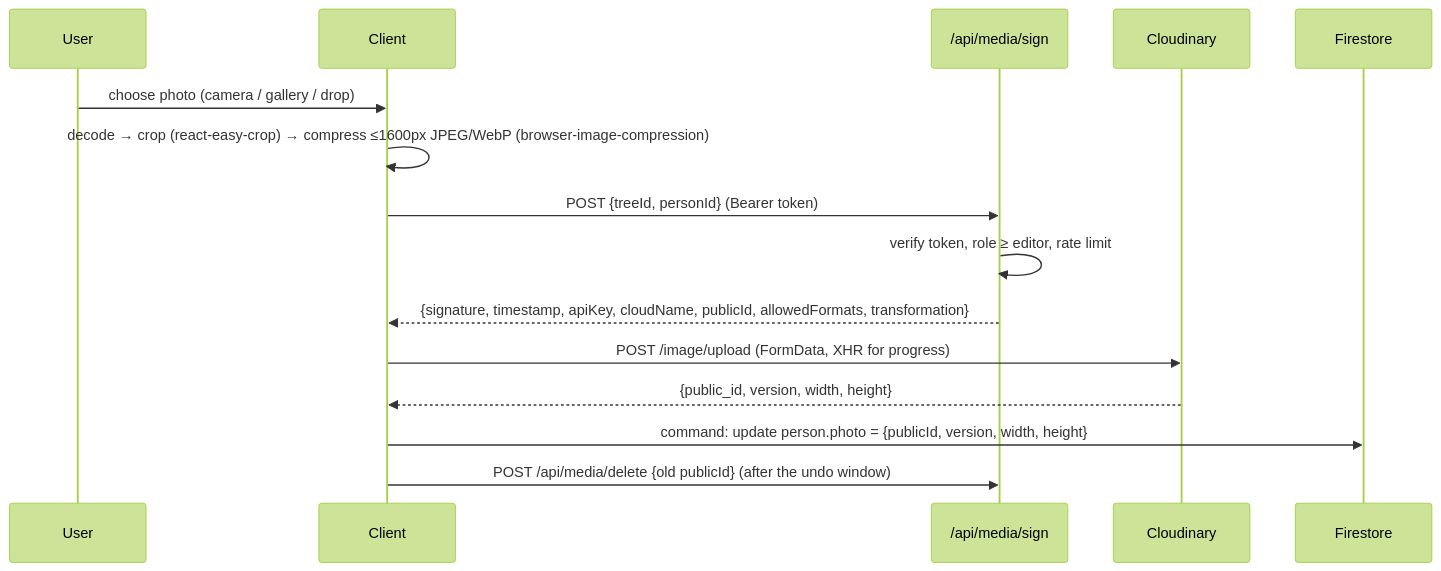
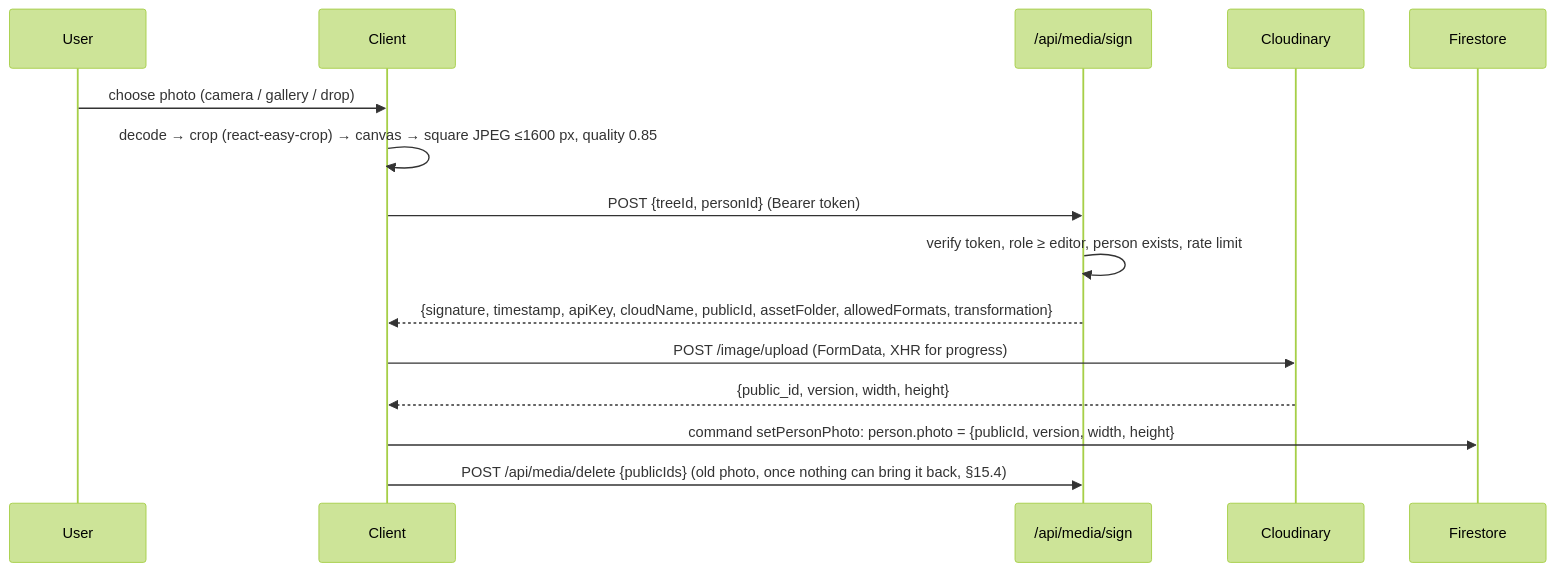
Before and after one commit to redwanhasan980/Family-Tree: the eighth of 8 diagrams in docs/DESIGN.md, drawn with Mermaid (forest theme). The commit also changed other lines of this file and 7 other files, not shown here.

````diff
--- a/docs/DESIGN.md
+++ b/docs/DESIGN.md
@@ -1172,17 +1174,17 @@
 ```mermaid
 sequenceDiagram
     participant U as User
     participant C as Client
     participant S as /api/media/sign
     participant K as Cloudinary
     participant F as Firestore
     U->>C: choose photo (camera / gallery / drop)
-    C->>C: decode → crop (react-easy-crop) → compress ≤1600px JPEG/WebP (browser-image-compression)
+    C->>C: decode → crop (react-easy-crop) → canvas → square JPEG ≤1600 px, quality 0.85
     C->>S: POST {treeId, personId} (Bearer token)
-    S->>S: verify token, role ≥ editor, rate limit
-    S-->>C: {signature, timestamp, apiKey, cloudName, publicId, allowedFormats, transformation}
+    S->>S: verify token, role ≥ editor, person exists, rate limit
+    S-->>C: {signature, timestamp, apiKey, cloudName, publicId, assetFolder, allowedFormats, transformation}
     C->>K: POST /image/upload (FormData, XHR for progress)
     K-->>C: {public_id, version, width, height}
-    C->>F: command: update person.photo = {publicId, version, width, height}
-    C->>S: POST /api/media/delete {old publicId} (after the undo window)
+    C->>F: command setPersonPhoto: person.photo = {publicId, version, width, height}
+    C->>S: POST /api/media/delete {publicIds} (old photo, once nothing can bring it back, §15.4)
 ```
````
